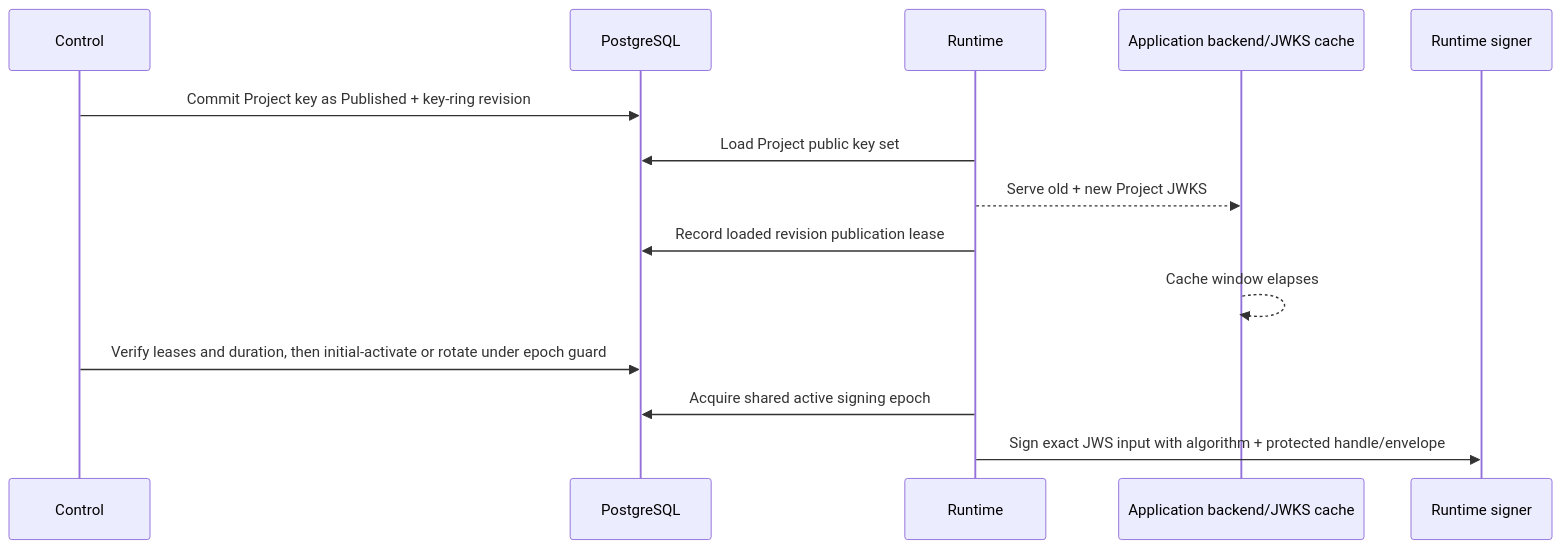
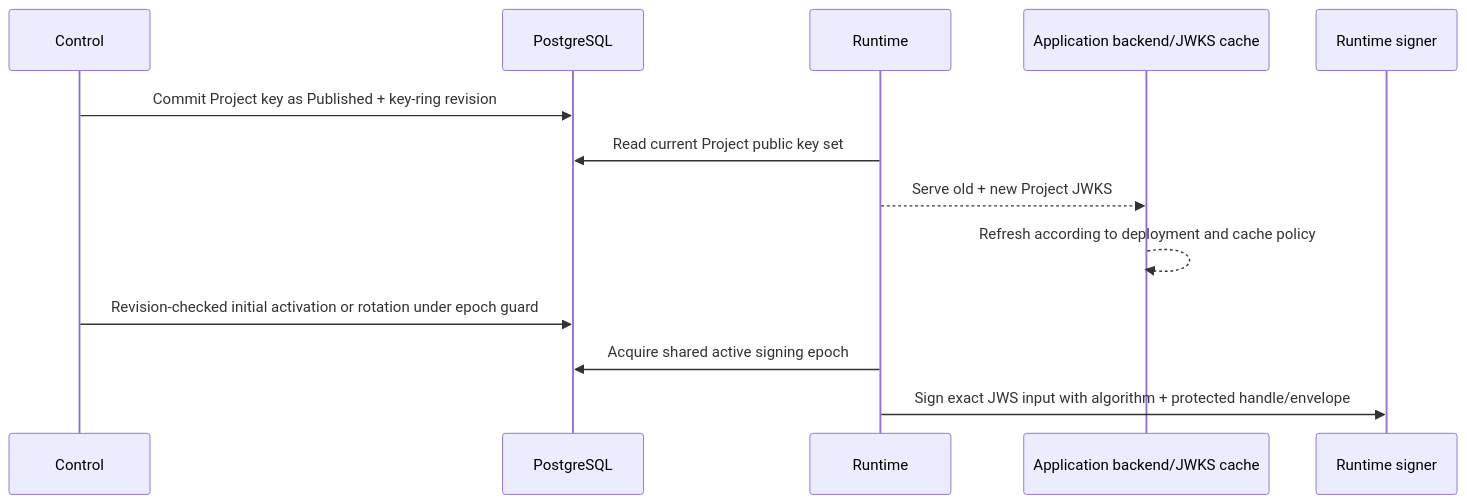
One commit to owlfoundry/owlauth changed the fourth of 4 diagrams in spec/06-operations-configuration-and-security.md. Above: the diagram before and after it, drawn with Mermaid. The commit also changed other lines of this file and 155 other files, not shown here.

````diff
--- a/spec/06-operations-configuration-and-security.md
+++ b/spec/06-operations-configuration-and-security.md
@@ -266,17 +267,16 @@
 ```mermaid
 sequenceDiagram
     participant Control
     participant PG as PostgreSQL
     participant Runtime
     participant Verifier as Application backend/JWKS cache
     participant Signer as Runtime signer
 
     Control->>PG: Commit Project key as Published + key-ring revision
-    Runtime->>PG: Load Project public key set
+    Runtime->>PG: Read current Project public key set
     Runtime-->>Verifier: Serve old + new Project JWKS
-    Runtime->>PG: Record loaded revision publication lease
-    Verifier-->>Verifier: Cache window elapses
-    Control->>PG: Verify leases and duration, then initial-activate or rotate under epoch guard
+    Verifier-->>Verifier: Refresh according to deployment and cache policy
+    Control->>PG: Revision-checked initial activation or rotation under epoch guard
     Runtime->>PG: Acquire shared active signing epoch
     Runtime->>Signer: Sign exact JWS input with algorithm + protected handle/envelope
 ```
````
